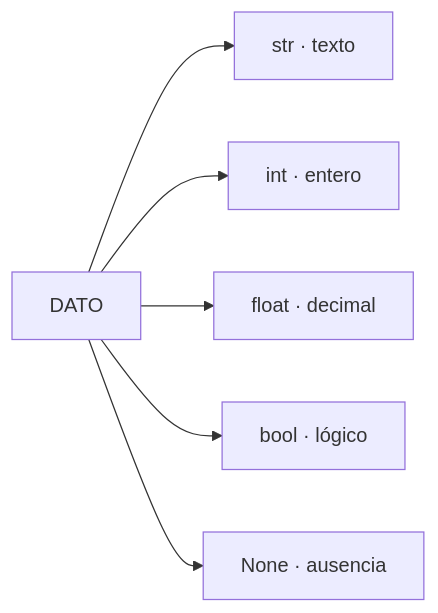
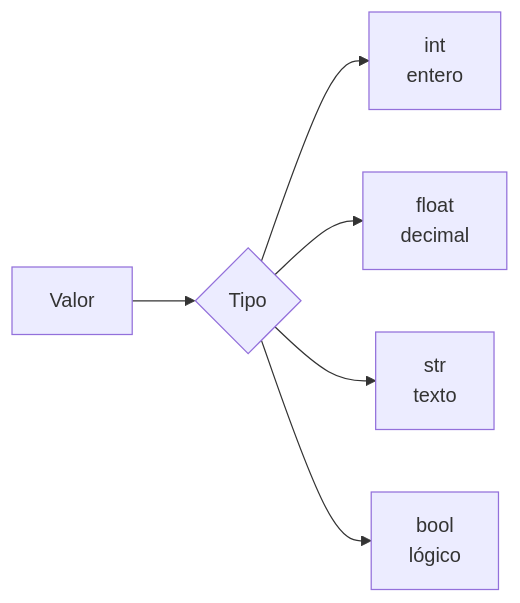
One commit to DIALVEBE/DataScienceProgramming changed the third of 11 diagrams in sessions/session-01_es.md. Above: the diagram before and after it, drawn with Mermaid. The commit also changed other lines of this file and 9 other files, not shown here.

````diff
--- a/sessions/session-01_es.md
+++ b/sessions/session-01_es.md
@@ -293,8 +116,8 @@
 ```mermaid
 flowchart LR
-    D[DATO] --> S["str · texto"]
-    D --> I["int · entero"]
-    D --> F["float · decimal"]
-    D --> B["bool · lógico"]
-    D --> N["None · ausencia"]
+    A[Valor] --> B{Tipo}
+    B --> C[int<br/>entero]
+    B --> D[float<br/>decimal]
+    B --> E[str<br/>texto]
+    B --> F[bool<br/>lógico]
 ```
````
